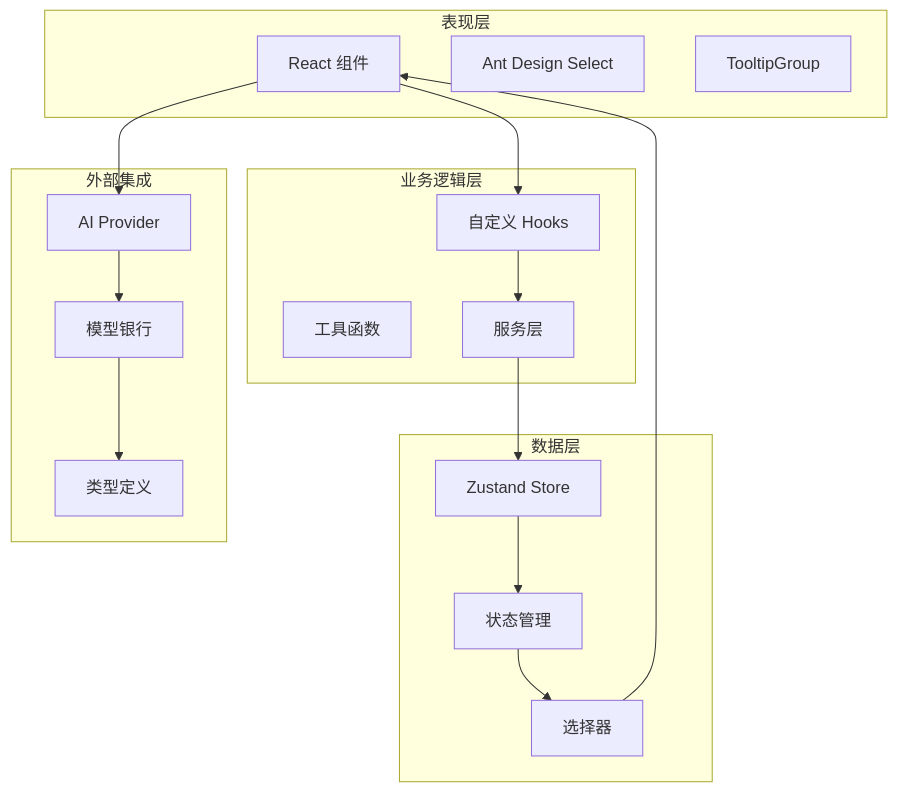
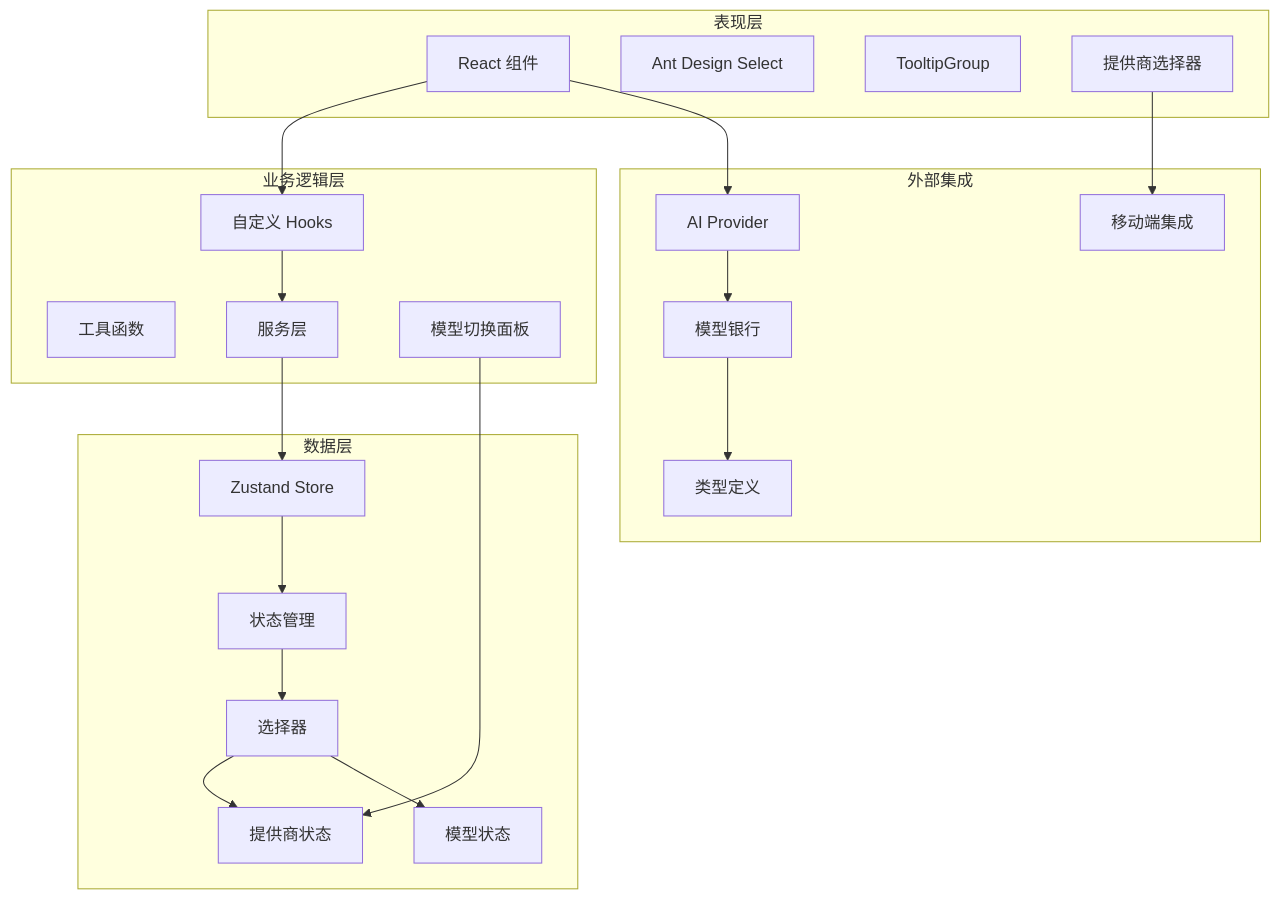
The fourth of 12 diagrams in .qoder/repowiki/zh/content/核心功能模块/模型选择器增强.md (AvatoLabs/avato), drawn with Mermaid before and after one commit. The commit also changed other lines of this file and 23 other files, not shown here.

````diff
--- a/.qoder/repowiki/zh/content/核心功能模块/模型选择器增强.md
+++ b/.qoder/repowiki/zh/content/核心功能模块/模型选择器增强.md
@@ -188,32 +230,40 @@
 ```mermaid
 graph TB
 subgraph "表现层"
 UI[React 组件]
 Select[Ant Design Select]
 Tooltip[TooltipGroup]
+ProviderSelect[提供商选择器]
 end
 subgraph "业务逻辑层"
 Hook[自定义 Hooks]
 Utils[工具函数]
 Services[服务层]
+ModelSwitch[模型切换面板]
 end
 subgraph "数据层"
 Store[Zustand Store]
 State[状态管理]
 Selectors[选择器]
+ProviderState[提供商状态]
+ModelState[模型状态]
 end
 subgraph "外部集成"
 Providers[AI Provider]
 Models[模型银行]
 Types[类型定义]
+Mobile[移动端集成]
 end
 UI --> Hook
 Hook --> Services
 Services --> Store
 Store --> State
 State --> Selectors
-Selectors --> UI
+Selectors --> ProviderState
+Selectors --> ModelState
 UI --> Providers
 Providers --> Models
 Models --> Types
+ProviderSelect --> Mobile
+ModelSwitch --> ProviderState
 ```
````
